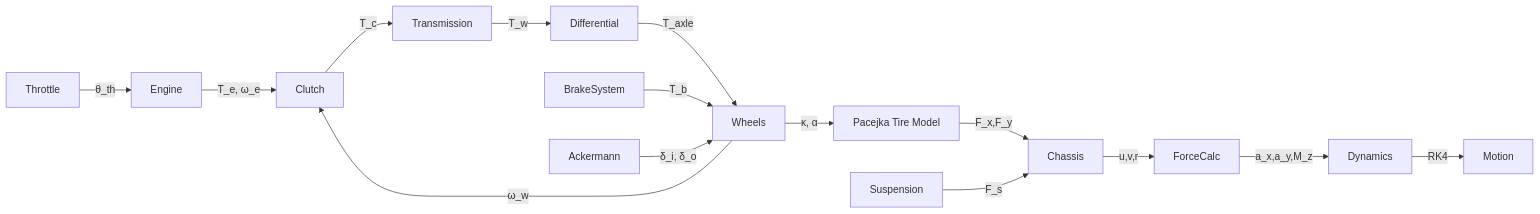
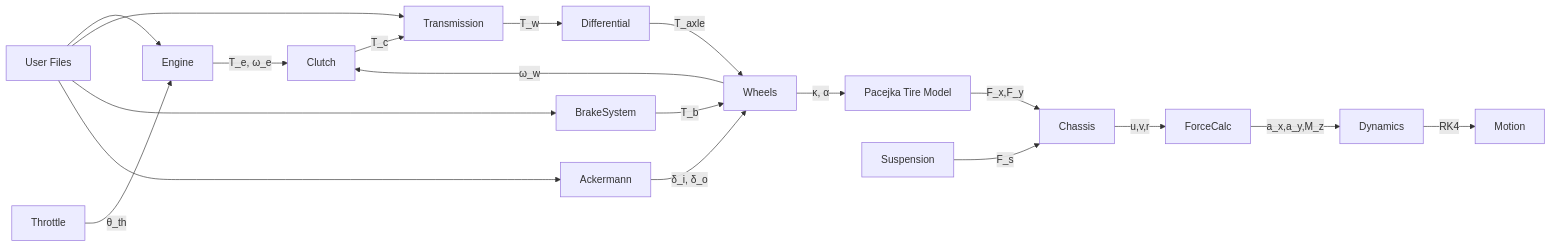
Before and after one commit to MelkorBalrog/VDSS---Vehicle-Dynamics-Safety-Simulator: the first of 27 diagrams in README.md, drawn with Mermaid. The commit also changed other lines of this file, not shown here.

Commit message:
Document configuration files and update diagrams

````diff
--- a/README.md
+++ b/README.md
@@ -77,17 +92,22 @@
 ```mermaid
 flowchart LR
+  ConfigFiles["User Files"]
   Throttle -->|"θ_th"| Engine
+  ConfigFiles --> Engine
+  ConfigFiles --> Transmission
+  ConfigFiles --> BrakeSystem
+  ConfigFiles --> Ackermann
   Engine -->|"T_e, ω_e"| Clutch
   Wheels -->|"ω_w"| Clutch
   Clutch -->|"T_c"| Transmission
   Transmission -->|"T_w"| Differential
   Differential -->|"T_axle"| Wheels
   BrakeSystem -->|"T_b"| Wheels
   Ackermann -->|"δ_i, δ_o"| Wheels
   Wheels -->|"κ, α"| Pacejka[Pacejka Tire Model]
   Pacejka -->|"F_x,F_y"| Chassis
   Suspension -->|"F_s"| Chassis
   Chassis -->|"u,v,r"| ForceCalc
   ForceCalc -->|"a_x,a_y,M_z"| Dynamics
   Dynamics -->|"RK4"| Motion
 ```
````
